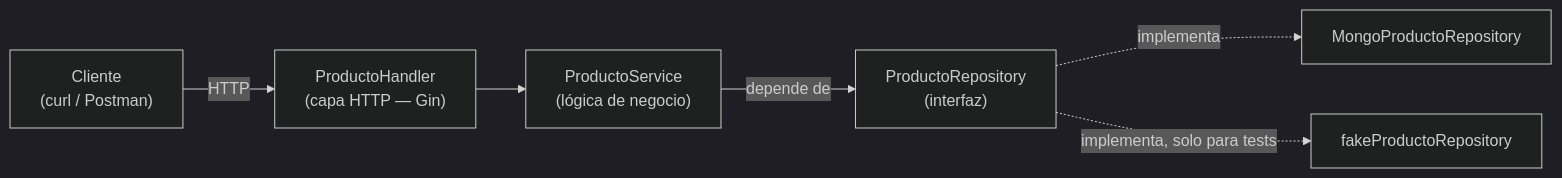
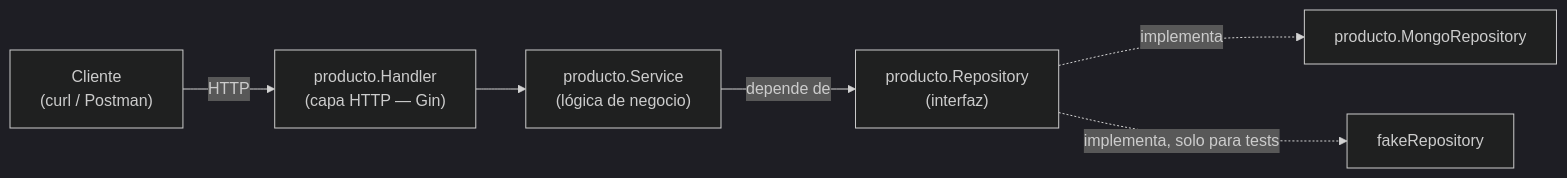
Before and after one commit to UCSE-PROG2/programacion-2: the third of 4 diagrams in 006-go/README.md, drawn with Mermaid (dark theme). The commit also changed other lines of this file and 4 other files, not shown here.

````diff
--- a/006-go/README.md
+++ b/006-go/README.md
@@ -1239,8 +1232,8 @@
 ```mermaid
 flowchart LR
-    Client["Cliente\n(curl / Postman)"] -->|"HTTP"| Handler["ProductoHandler\n(capa HTTP — Gin)"]
-    Handler --> Service["ProductoService\n(lógica de negocio)"]
-    Service -->|"depende de"| Iface["ProductoRepository\n(interfaz)"]
-    Iface -.->|"implementa"| Mongo["MongoProductoRepository"]
-    Iface -.->|"implementa, solo para tests"| Fake["fakeProductoRepository"]
+    Client["Cliente\n(curl / Postman)"] -->|"HTTP"| Handler["producto.Handler\n(capa HTTP — Gin)"]
+    Handler --> Service["producto.Service\n(lógica de negocio)"]
+    Service -->|"depende de"| Iface["producto.Repository\n(interfaz)"]
+    Iface -.->|"implementa"| Mongo["producto.MongoRepository"]
+    Iface -.->|"implementa, solo para tests"| Fake["fakeRepository"]
 ```
````
